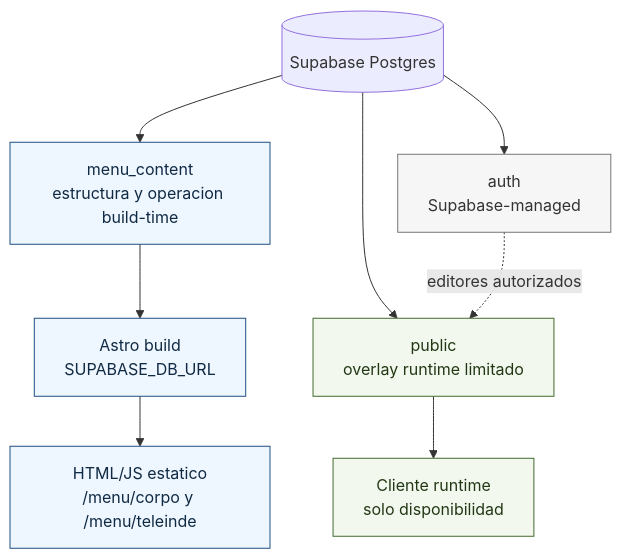
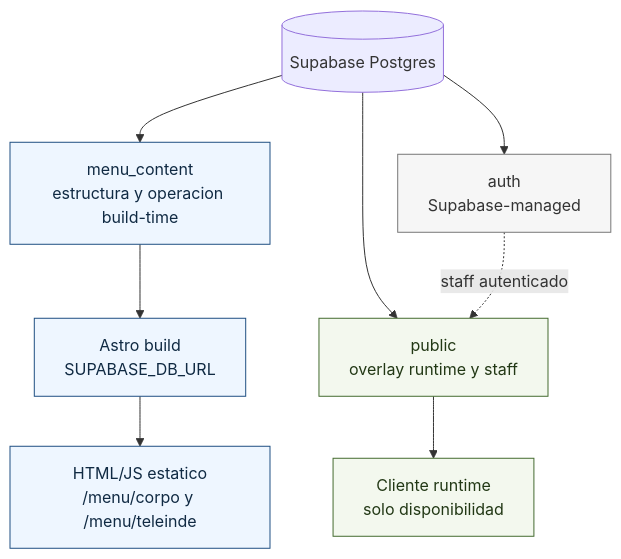
The first of 3 diagrams in docs/supabase/schema-diagram.md (materamos/ElFaraonCatering), drawn with Mermaid before and after one commit. The commit also changed other lines of this file and 10 other files, not shown here.

````diff
--- a/docs/supabase/schema-diagram.md
+++ b/docs/supabase/schema-diagram.md
@@ -18,21 +19,21 @@
 ```mermaid
 flowchart TD
   DB[(Supabase Postgres)]
 
   DB --> MC["menu_content<br/>estructura y operacion build-time"]
-  DB --> PUB["public<br/>overlay runtime limitado"]
+  DB --> PUB["public<br/>overlay runtime y staff"]
   DB --> AUTH["auth<br/>Supabase-managed"]
 
   MC --> BUILD["Astro build<br/>SUPABASE_DB_URL"]
   BUILD --> STATIC["HTML/JS estatico<br/>/menu/corpo y /menu/teleinde"]
   PUB --> CLIENT["Cliente runtime<br/>solo disponibilidad"]
-  AUTH -. "editores autorizados" .-> PUB
+  AUTH -. "staff autenticado" .-> PUB
 
   classDef project fill:#eef6ff,stroke:#1f4f82,color:#102a43;
   classDef runtime fill:#f3f8ee,stroke:#446b2f,color:#223815;
   classDef platform fill:#f6f6f6,stroke:#777,color:#333;
 
   class MC,BUILD,STATIC project;
   class PUB,CLIENT runtime;
   class AUTH platform;
 ```
````
